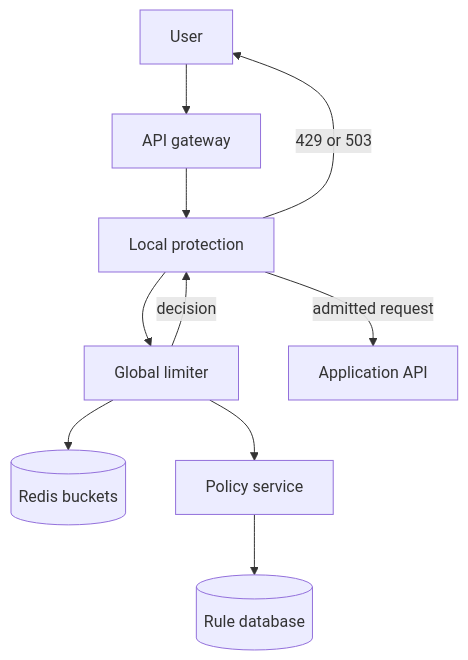
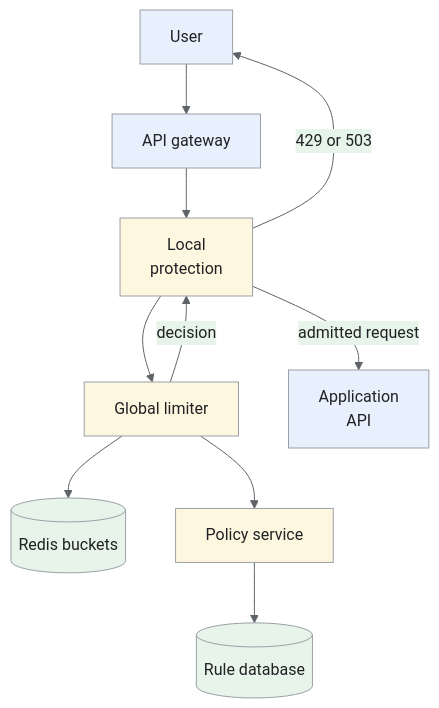
The first of 5 diagrams in _designs/system-design-rate-limiter.md (iliazlobin/iliazlobin.github.io), drawn with Mermaid before and after one commit. The commit also changed other lines of this file and 131 other files, not shown here.

````diff
--- a/_designs/system-design-rate-limiter.md
+++ b/_designs/system-design-rate-limiter.md
@@ -117,12 +132,20 @@
 ```mermaid
+%%{init: {"theme":"base","themeVariables":{"primaryColor":"#e8f0fe","primaryBorderColor":"#9aa0a6","primaryTextColor":"#202124","secondaryColor":"#e6f4ea","tertiaryColor":"#fef7e0","lineColor":"#5f6368","actorBkg":"#e8f0fe","actorBorder":"#9aa0a6","actorTextColor":"#202124","noteBkgColor":"#fef7e0","noteBorderColor":"#9aa0a6","noteTextColor":"#202124","signalColor":"#5f6368","signalTextColor":"#202124"}}}%%
 flowchart TB
   U["User"] --> G["API gateway"]
-  G --> L["Local protection"]
+  G --> L["Local<br>protection"]
   L --> R["Global limiter"]
   R --> B[("Redis buckets")]
   R --> C["Policy service"]
   C --> P[("Rule database")]
-  L -->|admitted request| A["Application API"]
+  L -->|admitted request| A["Application<br>API"]
   R -->|decision| L
   L -->|429 or 503| U
+classDef request fill:#e8f0fe,stroke:#9aa0a6,color:#202124;
+classDef data fill:#e6f4ea,stroke:#9aa0a6,color:#202124;
+classDef control fill:#fef7e0,stroke:#9aa0a6,color:#202124;
+class U,G,A request;
+class B,P data;
+class L,R,C control;
+
 ```
````
